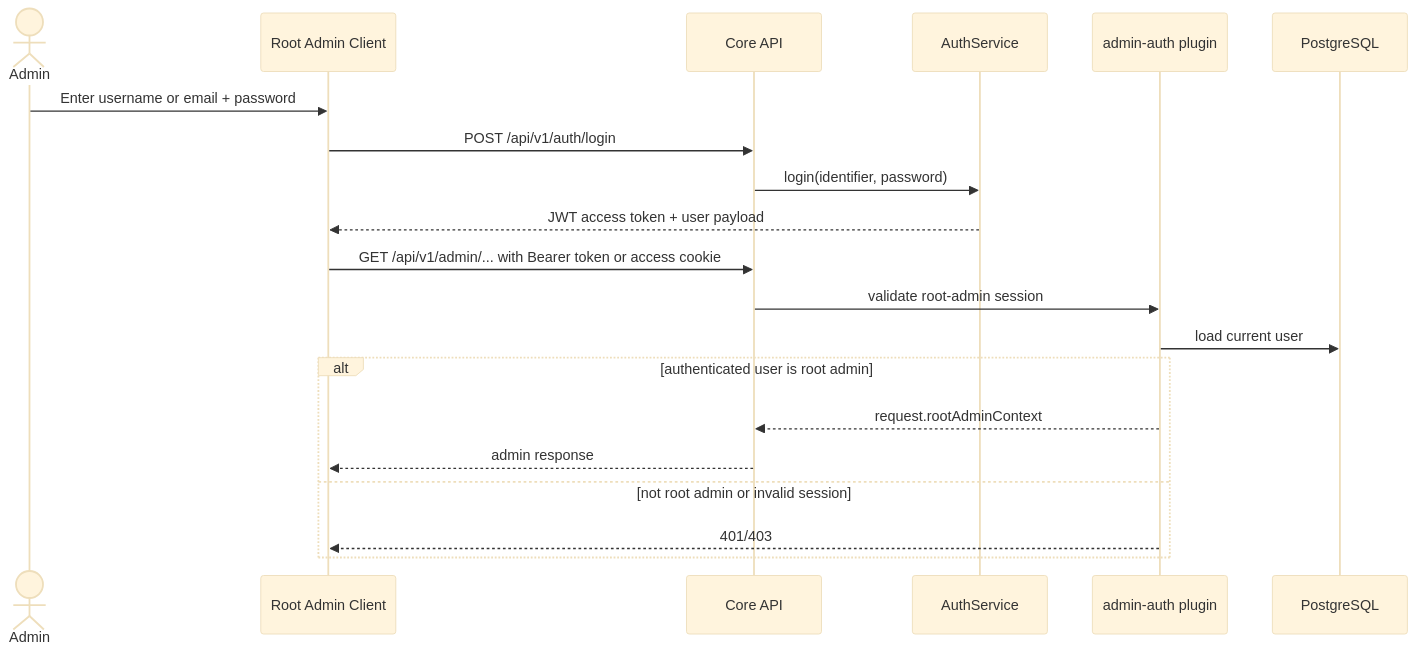
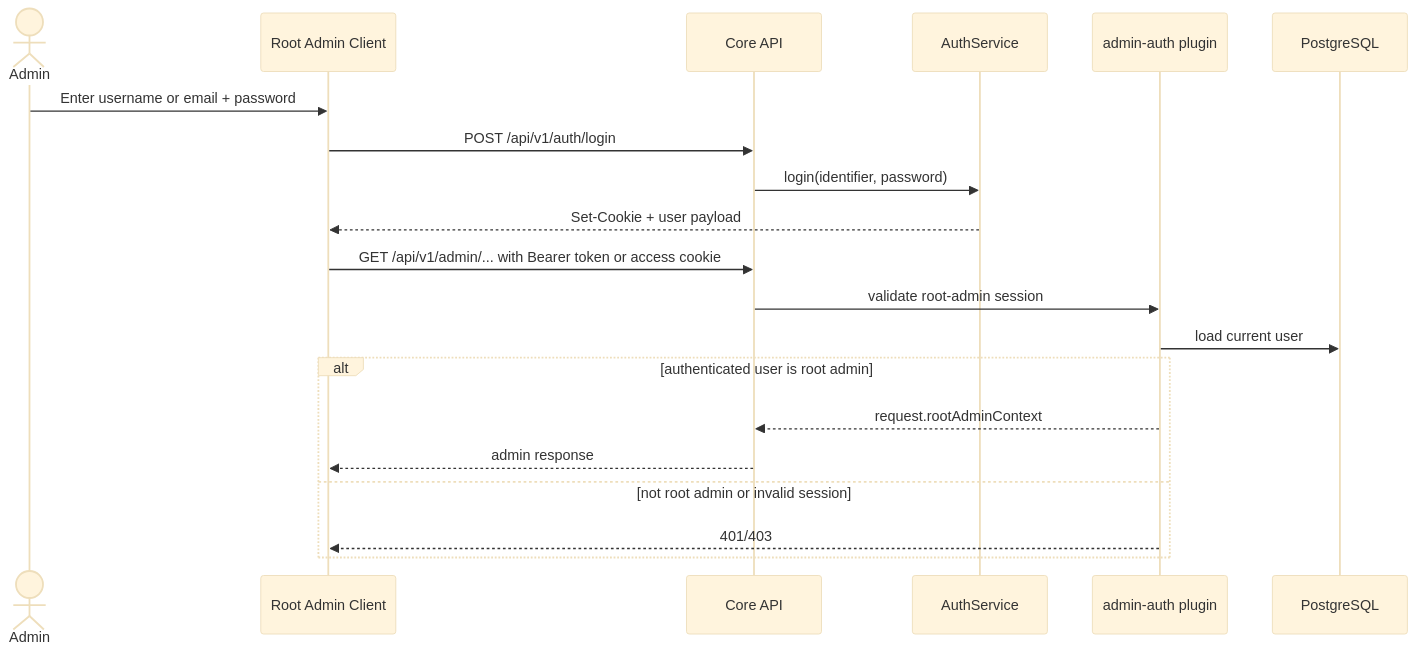
One commit to derek-dorazio/pool-master changed the fourth of 6 diagrams in docs/AUTHENTICATION-AUTHORIZATION.md. Above: the diagram before and after it, drawn with Mermaid (base theme). The commit also changed other lines of this file and 31 other files, not shown here.

````diff
--- a/docs/AUTHENTICATION-AUTHORIZATION.md
+++ b/docs/AUTHENTICATION-AUTHORIZATION.md
@@ -314,23 +319,23 @@
 ```mermaid
 sequenceDiagram
     actor Admin
     participant UI as Root Admin Client
     participant API as Core API
     participant Auth as AuthService
     participant AdminPlugin as admin-auth plugin
     participant DB as PostgreSQL
 
     Admin->>UI: Enter username or email + password
     UI->>API: POST /api/v1/auth/login
     API->>Auth: login(identifier, password)
-    Auth-->>UI: JWT access token + user payload
+    Auth-->>UI: Set-Cookie + user payload
     UI->>API: GET /api/v1/admin/... with Bearer token or access cookie
     API->>AdminPlugin: validate root-admin session
     AdminPlugin->>DB: load current user
     alt authenticated user is root admin
         AdminPlugin-->>API: request.rootAdminContext
         API-->>UI: admin response
     else not root admin or invalid session
         AdminPlugin-->>UI: 401/403
     end
 ```
````
